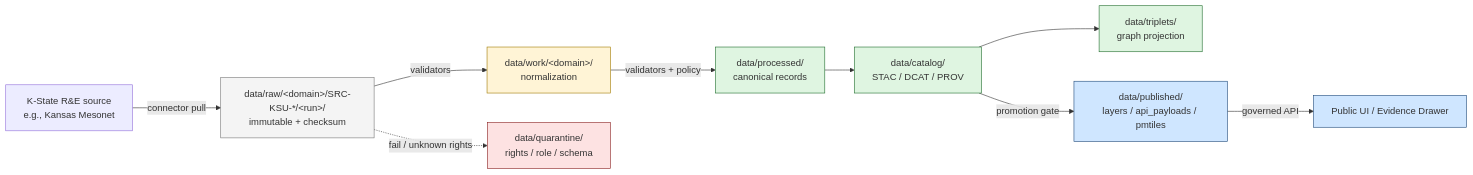
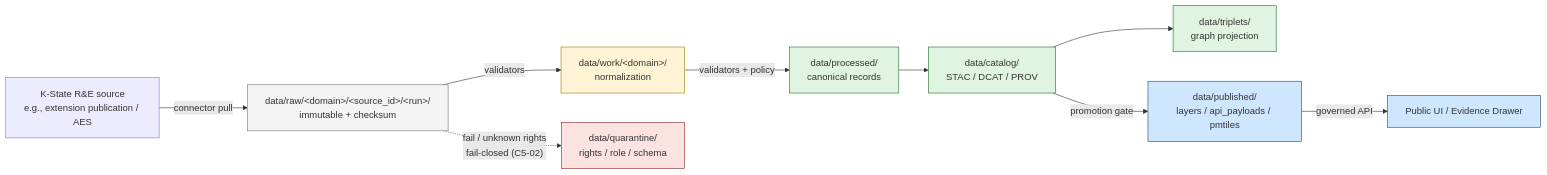
One commit to bartytime4life/Kansas-Frontier-Matrix changed the second of 2 diagrams in docs/sources/catalog/kansas/ksu-research-extension.md. Above: the diagram before and after it, drawn with Mermaid. The commit also changed other lines of this file, not shown here.

````diff
--- a/docs/sources/catalog/kansas/ksu-research-extension.md
+++ b/docs/sources/catalog/kansas/ksu-research-extension.md
@@ -248,21 +363,21 @@
 ```mermaid
 flowchart LR
-  A[K-State R&E source<br/>e.g., Kansas Mesonet] -->|connector pull| RAW[data/raw/&lt;domain&gt;/SRC-KSU-*/&lt;run&gt;/<br/>immutable + checksum]
+  A[K-State R&E source<br/>e.g., extension publication / AES] -->|connector pull| RAW[data/raw/&lt;domain&gt;/&lt;source_id&gt;/&lt;run&gt;/<br/>immutable + checksum]
   RAW -->|validators| W[data/work/&lt;domain&gt;/<br/>normalization]
-  RAW -. fail / unknown rights .-> Q[data/quarantine/<br/>rights / role / schema]
+  RAW -. fail / unknown rights<br/>fail-closed (C5-02) .-> Q[data/quarantine/<br/>rights / role / schema]
   W -->|validators + policy| P[data/processed/<br/>canonical records]
   P --> C[data/catalog/<br/>STAC / DCAT / PROV]
   C --> T[data/triplets/<br/>graph projection]
   C -->|promotion gate| PUB[data/published/<br/>layers / api_payloads / pmtiles]
   PUB -->|governed API| UI[Public UI / Evidence Drawer]
   classDef raw fill:#f4f4f4,stroke:#777;
   classDef work fill:#fff4d6,stroke:#a07a00;
   classDef proc fill:#dff5e1,stroke:#1f6d2c;
   classDef pub fill:#cfe6ff,stroke:#1f4a7a;
   classDef q fill:#fde2e2,stroke:#8a1f1f;
   class RAW raw;
   class W work;
   class P,C,T proc;
   class PUB,UI pub;
   class Q q;
 ```
````
